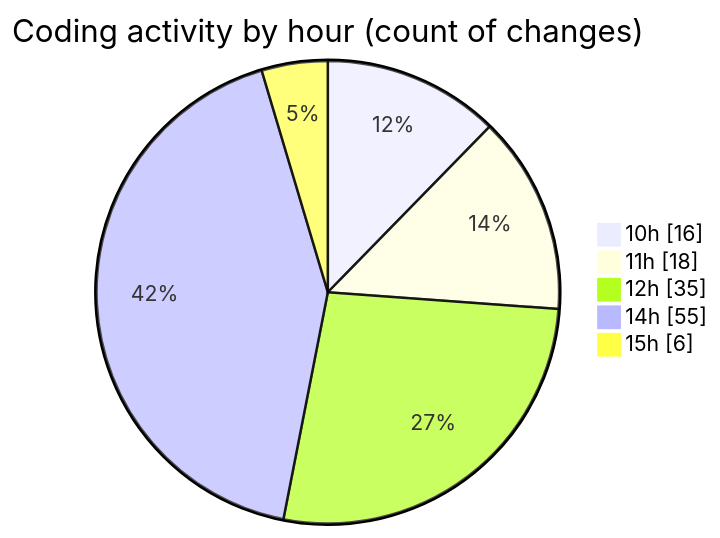
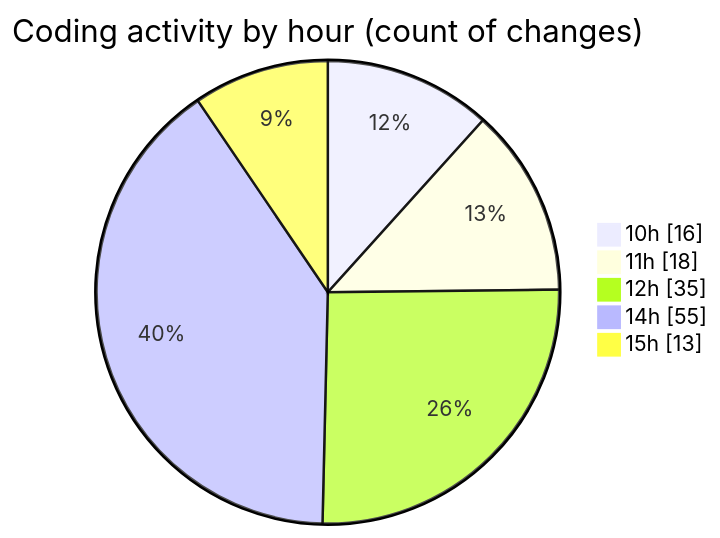
The second of 2 diagrams in 2026-05-06/cda/README.md (momahboobian/code-tracking), drawn with Mermaid before and after one commit. The commit also changed other lines of this file and 1 other file, not shown here.

````diff
--- a/2026-05-06/cda/README.md
+++ b/2026-05-06/cda/README.md
@@ -96,9 +99,9 @@
 ```mermaid
 pie showData
 title Coding activity by hour (count of changes)
 "10h" : 16
 "11h" : 18
 "12h" : 35
 "14h" : 55
-"15h" : 6
+"15h" : 13
 ```
````
